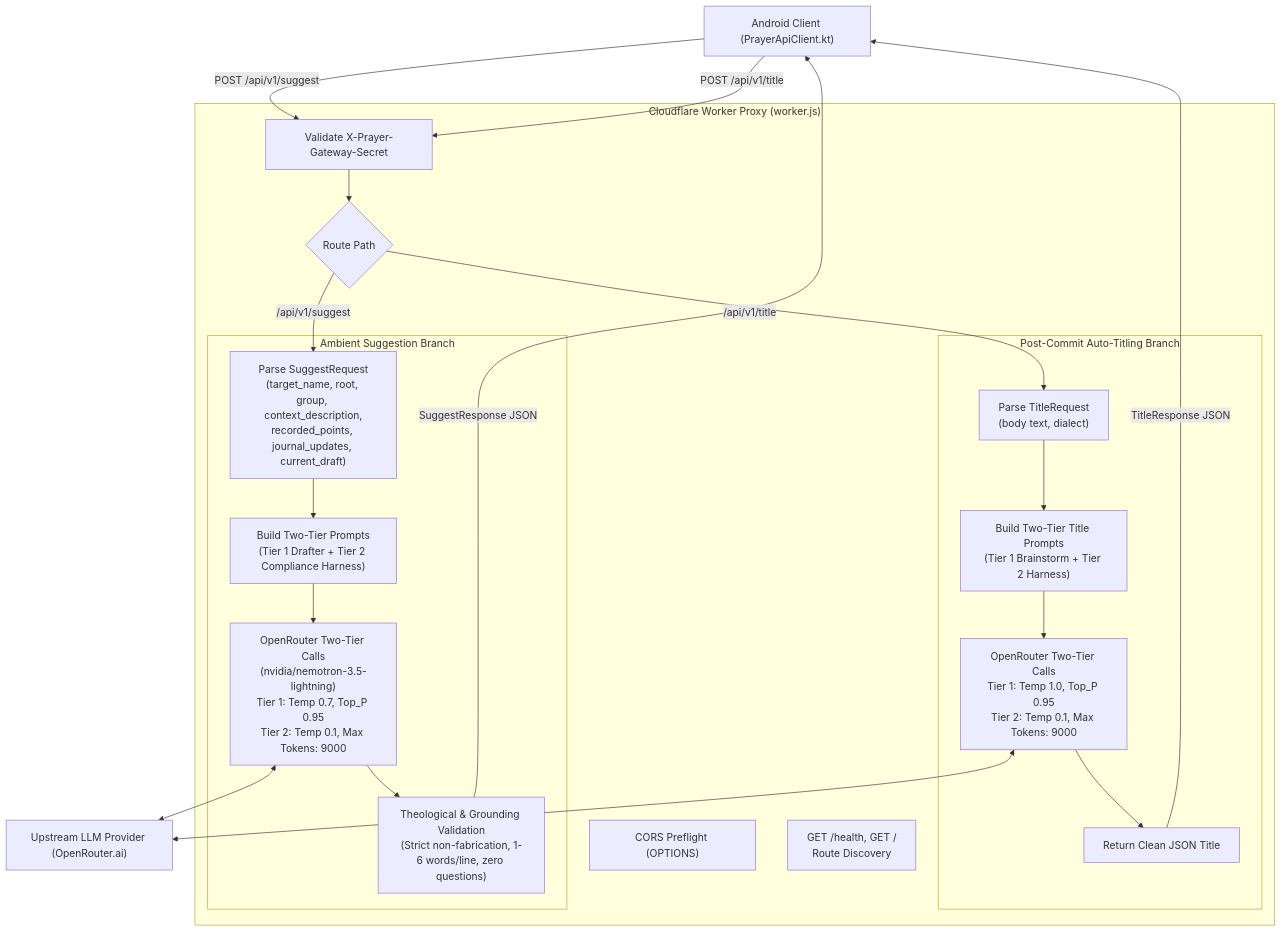
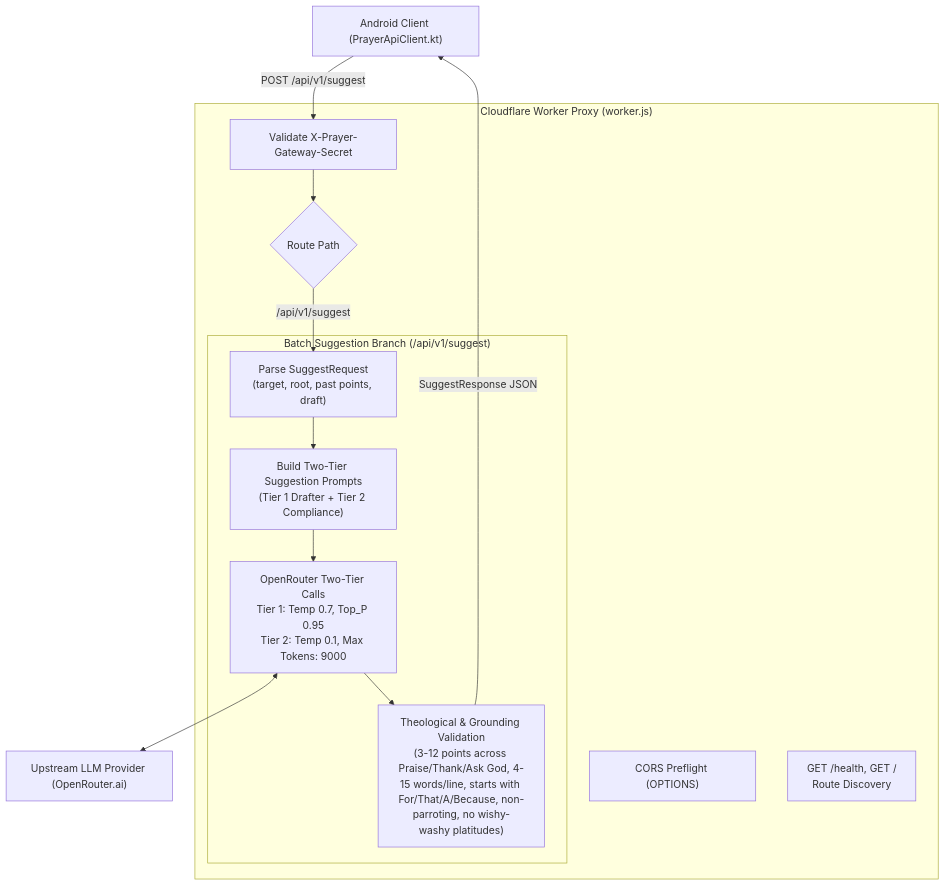
Before and after one commit to iamenianc/Prayer: the fourth of 8 diagrams in planning/codebase_knowledge_graph.md, drawn with Mermaid. The commit also changed other lines of this file and 37 other files, not shown here.

````diff
--- a/planning/codebase_knowledge_graph.md
+++ b/planning/codebase_knowledge_graph.md
@@ -205,45 +209,30 @@
 ```mermaid
 flowchart TD
     CLIENT["Android Client (PrayerApiClient.kt)"]
     
     subgraph CF_Worker ["Cloudflare Worker Proxy (worker.js)"]
         CORS["CORS Preflight (OPTIONS)"]
         HEALTH["GET /health, GET /<br/>Route Discovery"]
         AUTH["Validate X-Prayer-Gateway-Secret"]
         ROUTER{Route Path}
         
-        subgraph Suggest_Branch ["Ambient Suggestion Branch"]
-            PARSE_SUGGEST["Parse SuggestRequest<br/>(target_name, root, group, context_description,<br/>recorded_points, journal_updates, current_draft)"]
-            PROMPT_SUGGEST["Build Two-Tier Prompts<br/>(Tier 1 Drafter + Tier 2 Compliance Harness)"]
-            CALL_SUGGEST["OpenRouter Two-Tier Calls<br/>(nvidia/nemotron-3.5-lightning)<br/>Tier 1: Temp 0.7, Top_P 0.95<br/>Tier 2: Temp 0.1, Max Tokens: 9000"]
-            VALIDATE_SUGGEST["Theological & Grounding Validation<br/>(Strict non-fabrication, 1-6 words/line, zero questions)"]
-        end
-
-        subgraph Title_Branch ["Post-Commit Auto-Titling Branch"]
-            PARSE_TITLE["Parse TitleRequest<br/>(body text, dialect)"]
-            PROMPT_TITLE["Build Two-Tier Title Prompts<br/>(Tier 1 Brainstorm + Tier 2 Harness)"]
-            CALL_TITLE["OpenRouter Two-Tier Calls<br/>Tier 1: Temp 1.0, Top_P 0.95<br/>Tier 2: Temp 0.1, Max Tokens: 9000"]
-            RETURN_TITLE["Return Clean JSON Title"]
+        subgraph Suggest_Branch ["Batch Suggestion Branch (/api/v1/suggest)"]
+            PARSE_SUGGEST["Parse SuggestRequest<br/>(target, root, past points, draft)"]
+            PROMPT_SUGGEST["Build Two-Tier Suggestion Prompts<br/>(Tier 1 Drafter + Tier 2 Compliance)"]
+            CALL_SUGGEST["OpenRouter Two-Tier Calls<br/>Tier 1: Temp 0.7, Top_P 0.95<br/>Tier 2: Temp 0.1, Max Tokens: 9000"]
+            VALIDATE_SUGGEST["Theological & Grounding Validation<br/>(3-12 points across Praise/Thank/Ask God, 4-15 words/line, starts with For/That/A/Because, non-parroting, no wishy-washy platitudes)"]
         end
     end
 
     OPENROUTER["Upstream LLM Provider (OpenRouter.ai)"]
 
     CLIENT -->|"POST /api/v1/suggest"| AUTH
-    CLIENT -->|"POST /api/v1/title"| AUTH
     AUTH --> ROUTER
     
     ROUTER -->|"/api/v1/suggest"| PARSE_SUGGEST
     PARSE_SUGGEST --> PROMPT_SUGGEST
     PROMPT_SUGGEST --> CALL_SUGGEST
     CALL_SUGGEST <--> OPENROUTER
     CALL_SUGGEST --> VALIDATE_SUGGEST
     VALIDATE_SUGGEST -->|"SuggestResponse JSON"| CLIENT
-
-    ROUTER -->|"/api/v1/title"| PARSE_TITLE
-    PARSE_TITLE --> PROMPT_TITLE
-    PROMPT_TITLE --> CALL_TITLE
-    CALL_TITLE <--> OPENROUTER
-    CALL_TITLE --> RETURN_TITLE
-    RETURN_TITLE -->|"TitleResponse JSON"| CLIENT
 ```
````
